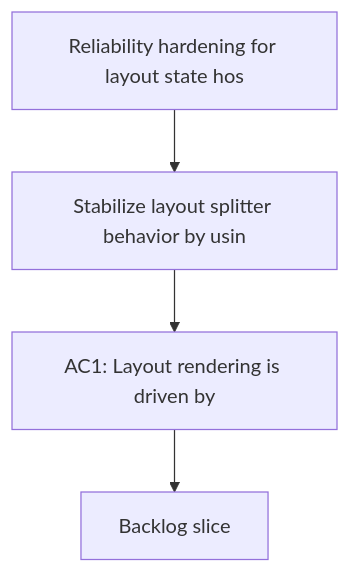
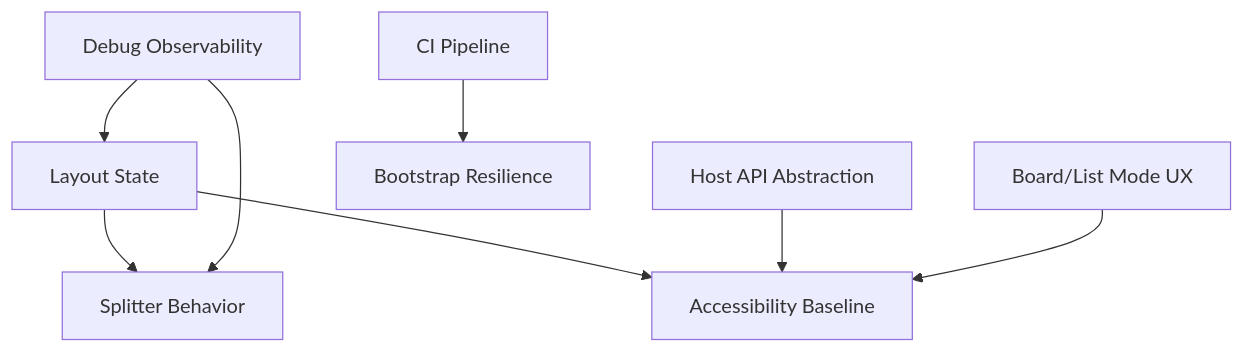
Before and after one commit to AlexAgo83/logics-manager: the diagram in logics/request/req_016_reliability_hardening_layout_hostapi_a11y_ci_and_debug_observability.md, drawn with Mermaid. The commit also changed other lines of this file and 54 other files, not shown here.

````diff
--- a/logics/request/req_016_reliability_hardening_layout_hostapi_a11y_ci_and_debug_observability.md
+++ b/logics/request/req_016_reliability_hardening_layout_hostapi_a11y_ci_and_debug_observability.md
@@ -10,8 +10,20 @@
 ```mermaid
 %% logics-kind: request
 %% logics-signature: request|reliability-hardening-for-layout-state-h|stabilize-layout-splitter-behavior-by-us|ac1-layout-rendering-is-driven-by
 flowchart TD
-    Trigger[Reliability hardening for layout state hos] --> Need[Stabilize layout splitter behavior by usin]
-    Need --> Outcome[AC1: Layout rendering is driven by]
-    Outcome --> Backlog[Backlog slice]
+  LayoutState[Layout State]
+  Splitter[Splitter Behavior]
+  HostAPI[Host API Abstraction]
+  Accessibility[Accessibility Baseline]
+  CI[CI Pipeline]
+  Bootstrap[Bootstrap Resilience]
+  BoardList[Board/List Mode UX]
+  DebugLogs[Debug Observability]
+  LayoutState --> Splitter
+  LayoutState --> Accessibility
+  HostAPI --> Accessibility
+  CI --> Bootstrap
+  BoardList --> Accessibility
+  DebugLogs --> LayoutState
+  DebugLogs --> Splitter
 ```
````
